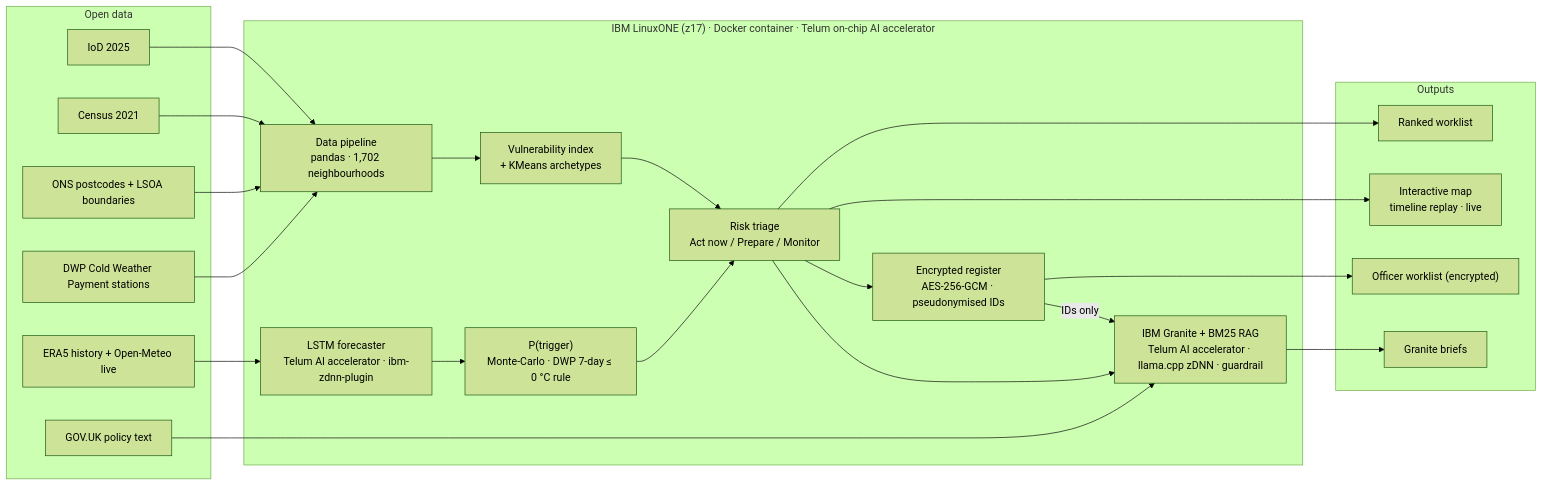
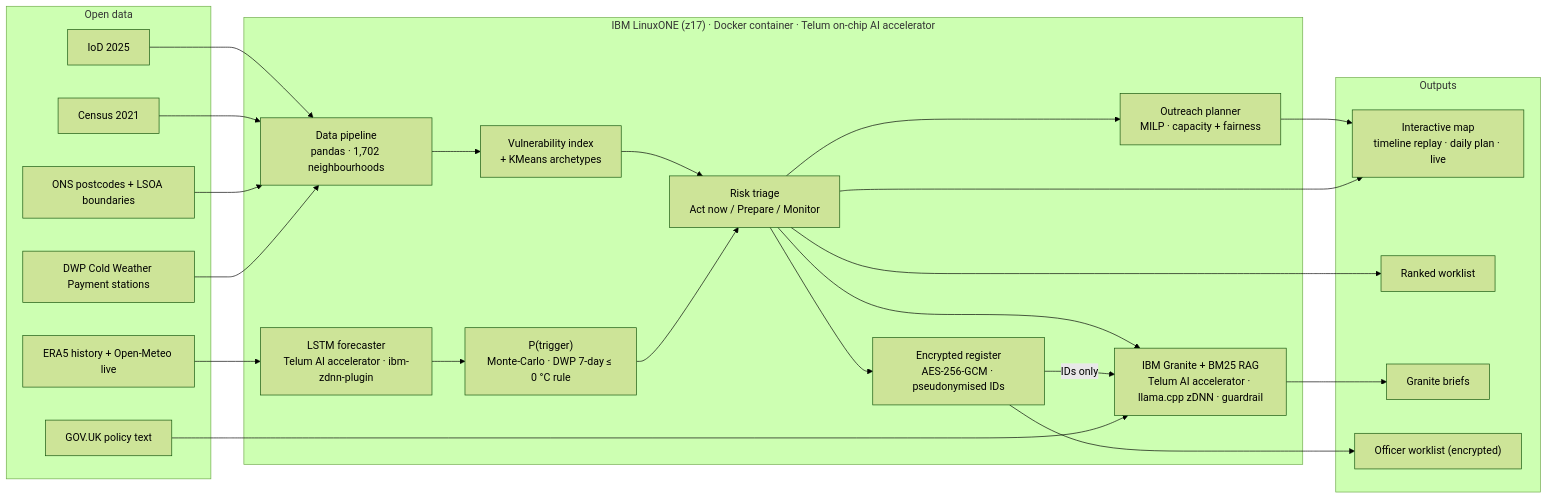
The first of 2 diagrams in README.md (AMUKA0/AUniqueName-IBMZ-Datathon-2026), drawn with Mermaid (forest theme) before and after one commit. The commit also changed other lines of this file and 12 other files, not shown here.

````diff
--- a/README.md
+++ b/README.md
@@ -29,38 +32,40 @@
 ```mermaid
 flowchart LR
     subgraph SRC["Open data"]
         IOD["IoD 2025"]
         CEN["Census 2021"]
         ONS["ONS postcodes + LSOA boundaries"]
         DWP["DWP Cold Weather Payment stations"]
         WX["ERA5 history + Open-Meteo live"]
         POL["GOV.UK policy text"]
     end
 
     subgraph Z["IBM LinuxONE (z17) · Docker container · Telum on-chip AI accelerator"]
         PIPE["Data pipeline<br/>pandas · 1,702 neighbourhoods"]
         VULN["Vulnerability index<br/>+ KMeans archetypes"]
         LSTM["LSTM forecaster<br/>Telum AI accelerator · ibm-zdnn-plugin"]
         PTRIG["P(trigger)<br/>Monte-Carlo · DWP 7-day ≤ 0 °C rule"]
         TRI["Risk triage<br/>Act now / Prepare / Monitor"]
+        PLAN["Outreach planner<br/>MILP · capacity + fairness"]
         GRAN["IBM Granite + BM25 RAG<br/>Telum AI accelerator · llama.cpp zDNN · guardrail"]
         REG["Encrypted register<br/>AES-256-GCM · pseudonymised IDs"]
     end
 
     subgraph OUT["Outputs"]
-        MAP["Interactive map<br/>timeline replay · live"]
+        MAP["Interactive map<br/>timeline replay · daily plan · live"]
         WL["Ranked worklist"]
         BR["Granite briefs"]
         OW["Officer worklist (encrypted)"]
     end
 
     IOD & CEN & ONS & DWP --> PIPE --> VULN --> TRI
     WX --> LSTM --> PTRIG --> TRI
+    TRI --> PLAN --> MAP
     TRI --> GRAN
     TRI --> REG
     REG -- "IDs only" --> GRAN
     POL --> GRAN
     TRI --> MAP & WL
     GRAN --> BR
     REG --> OW
 ```
````
